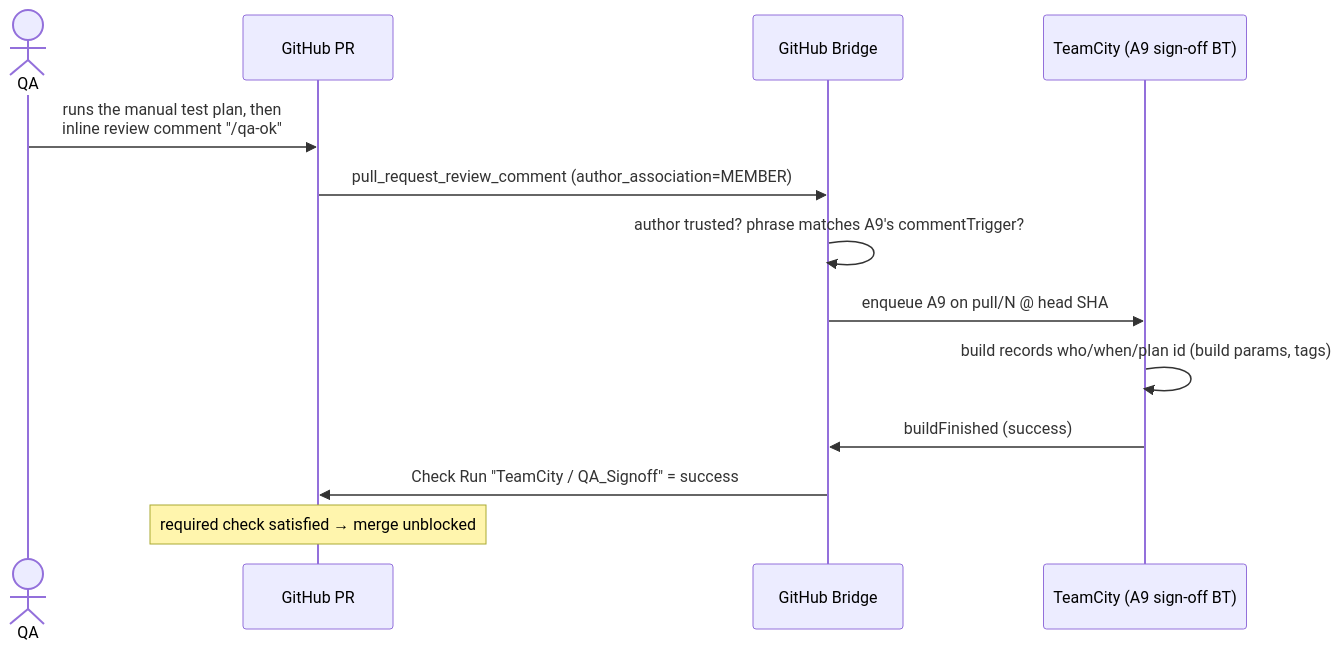
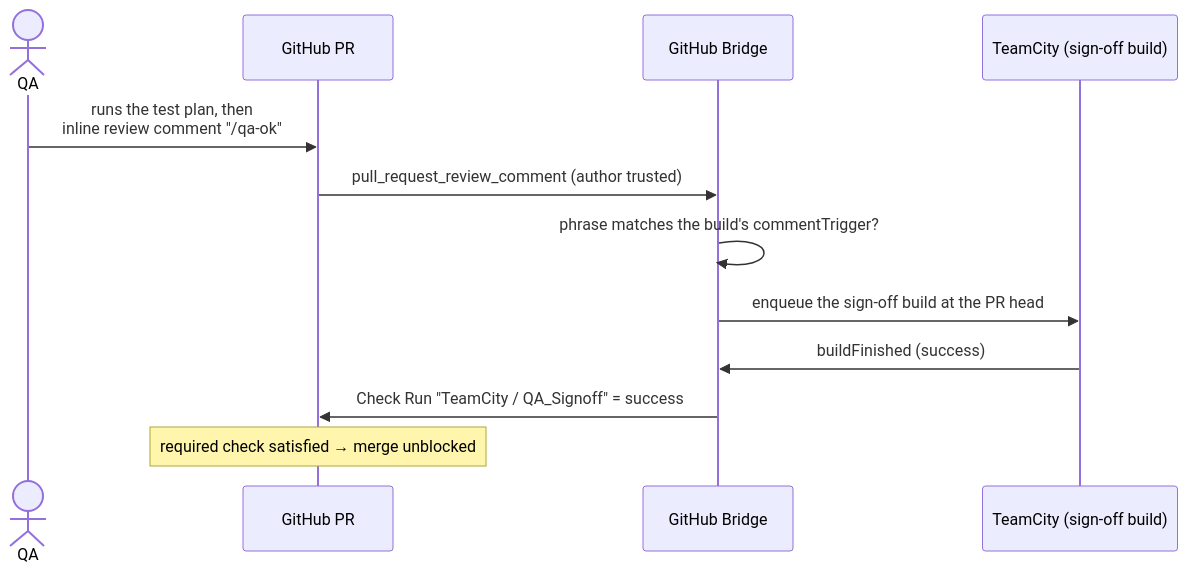
The fifth of 7 diagrams in doc/branching-workflows.md (Silmaen/teamcity-github), drawn with Mermaid before and after one commit. The commit also changed other lines of this file and 15 other files, not shown here.

````diff
--- a/doc/branching-workflows.md
+++ b/doc/branching-workflows.md
@@ -673,16 +650,15 @@
 ```mermaid
 sequenceDiagram
     actor QA
     participant GH as GitHub PR
     participant BR as GitHub Bridge
-    participant TC as TeamCity (A9 sign-off BT)
+    participant TC as TeamCity (sign-off build)
 
-    QA->>GH: runs the manual test plan, then<br/>inline review comment "/qa-ok"
-    GH->>BR: pull_request_review_comment (author_association=MEMBER)
-    BR->>BR: author trusted? phrase matches A9's commentTrigger?
-    BR->>TC: enqueue A9 on pull/N @ head SHA
-    TC->>TC: build records who/when/plan id (build params, tags)
+    QA->>GH: runs the test plan, then<br/>inline review comment "/qa-ok"
+    GH->>BR: pull_request_review_comment (author trusted)
+    BR->>BR: phrase matches the build's commentTrigger?
+    BR->>TC: enqueue the sign-off build at the PR head
     TC->>BR: buildFinished (success)
     BR->>GH: Check Run "TeamCity / QA_Signoff" = success
     Note over GH: required check satisfied → merge unblocked
 ```
````
